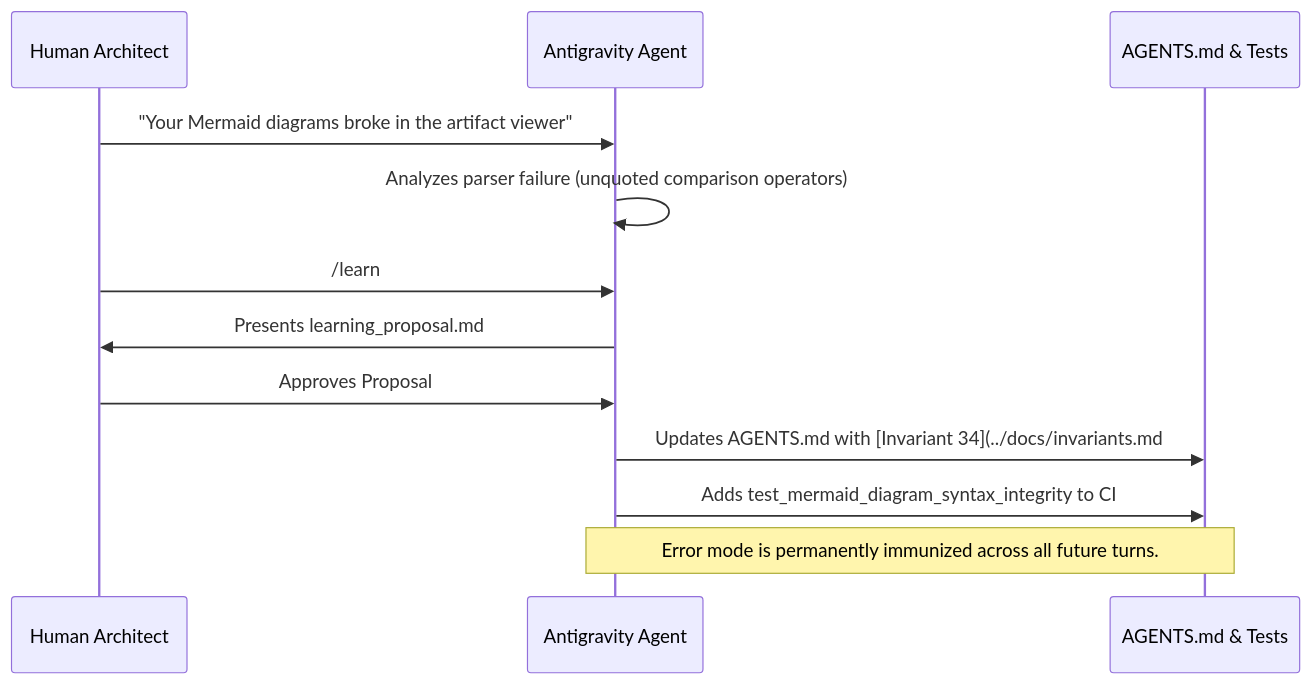
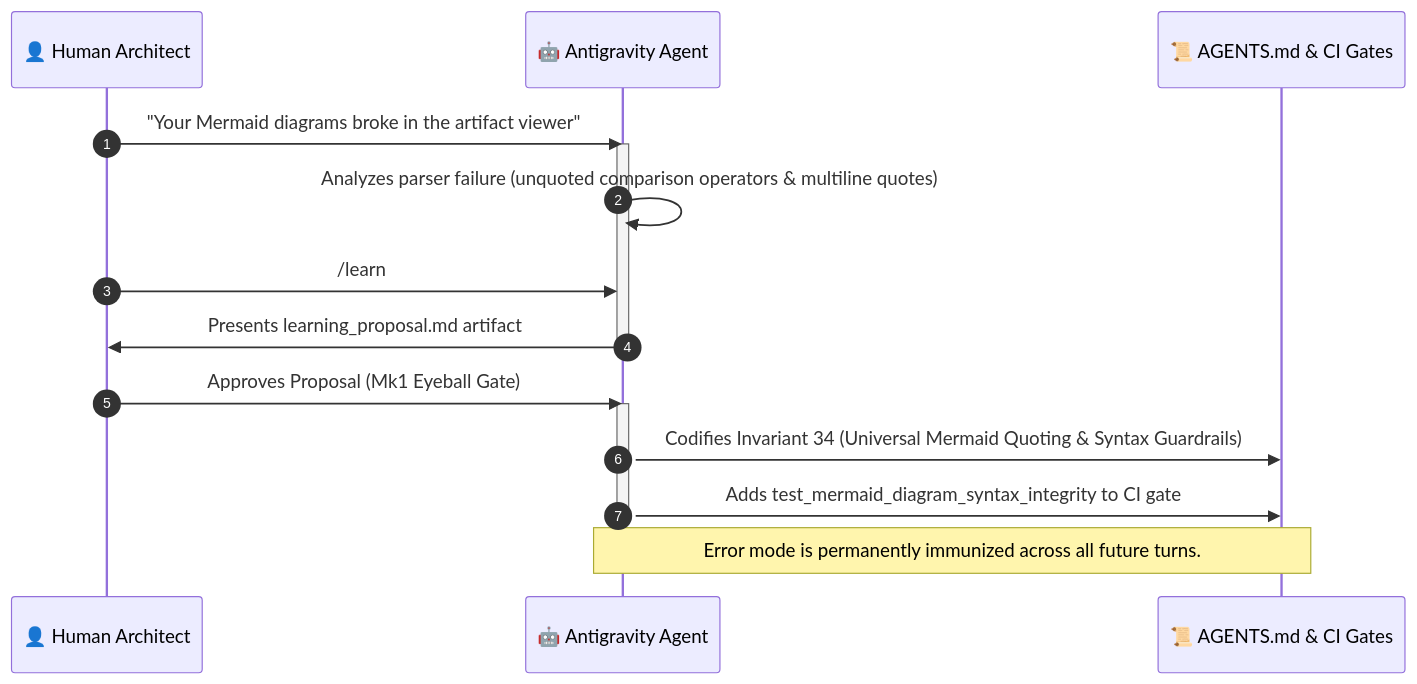
Before and after one commit to artibyrd/credence-docs: the second of 3 diagrams in blog/architecting-sovereign-ai-with-google-antigravity.md, drawn with Mermaid. The commit also changed other lines of this file and 22 other files, not shown here.

Commit message:
feat(docs): release v1.21.1 - modernize mermaid diagrams, integrate mcp-mermaid, add AST/contrast CI guardrails

````diff
--- a/blog/architecting-sovereign-ai-with-google-antigravity.md
+++ b/blog/architecting-sovereign-ai-with-google-antigravity.md
@@ -85,15 +83,20 @@
 ```mermaid
 sequenceDiagram
-    participant Architect as Human Architect
-    participant Agent as Antigravity Agent
-    participant Invariants as AGENTS.md & Tests
+    autonumber
+    participant Architect as 👤 Human Architect
+    participant Agent as 🤖 Antigravity Agent
+    participant Invariants as 📜 AGENTS.md & CI Gates
     
     Architect->>Agent: "Your Mermaid diagrams broke in the artifact viewer"
-    Agent->>Agent: Analyzes parser failure (unquoted comparison operators)
+    activate Agent
+    Agent->>Agent: Analyzes parser failure (unquoted comparison operators & multiline quotes)
     Architect->>Agent: /learn
-    Agent->>Architect: Presents learning_proposal.md
-    Architect->>Agent: Approves Proposal
-    Agent->>Invariants: Updates AGENTS.md with [Invariant 34](../docs/invariants.md#invariant-34)
-    Agent->>Invariants: Adds test_mermaid_diagram_syntax_integrity to CI
+    Agent->>Architect: Presents learning_proposal.md artifact
+    deactivate Agent
+    Architect->>Agent: Approves Proposal (Mk1 Eyeball Gate)
+    activate Agent
+    Agent->>Invariants: Codifies Invariant 34 (Universal Mermaid Quoting & Syntax Guardrails)
+    Agent->>Invariants: Adds test_mermaid_diagram_syntax_integrity to CI gate
+    deactivate Agent
     Note over Agent,Invariants: Error mode is permanently immunized across all future turns.
 ```
````
